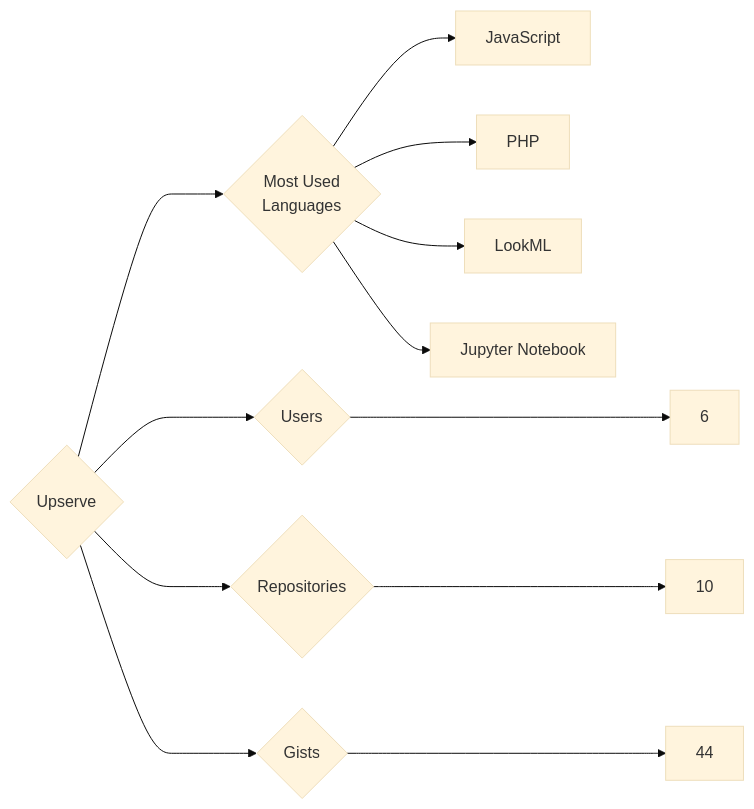
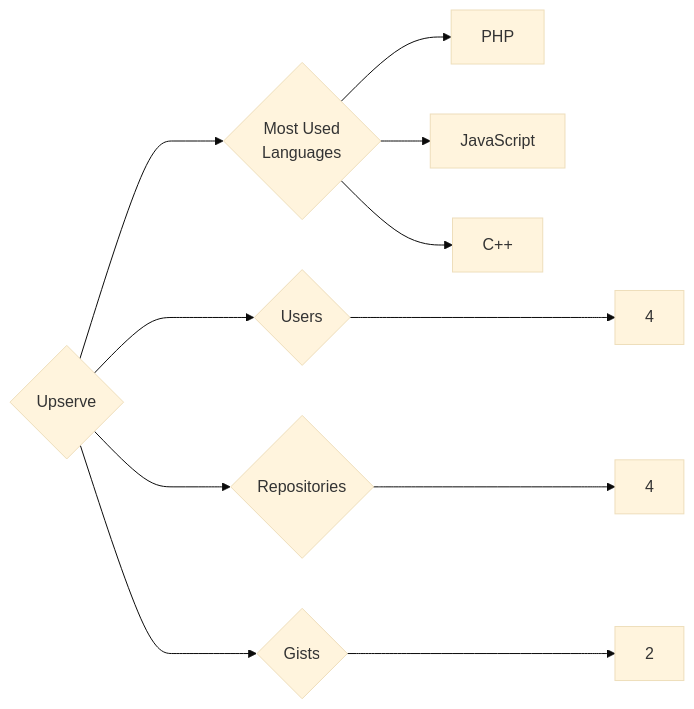
The diagram in targets/Upserve/README.md (trickest/insiders), drawn with Mermaid (base theme) before and after one commit. The commit also changed 1508 other files, not shown here.

````diff
--- a/targets/Upserve/README.md
+++ b/targets/Upserve/README.md
@@ -3,12 +3,11 @@
 ```mermaid
 graph LR
 COMPANY_NAME{Upserve}
-COMPANY_NAME ---> U{Users} ---> UN[6]
-COMPANY_NAME ---> R{Repositories} ---> RN[10]
-COMPANY_NAME ---> G{Gists} ---> GN[44]
+COMPANY_NAME ---> U{Users} ---> UN[4]
+COMPANY_NAME ---> R{Repositories} ---> RN[4]
+COMPANY_NAME ---> G{Gists} ---> GN[2]
 COMPANY_NAME ---> ML{Most Used<br>Languages}
+ML --> PHP[PHP]
 ML --> JavaScript[JavaScript]
-ML --> PHP[PHP]
-ML --> LookML[LookML]
-ML --> Jupyter_Notebook[Jupyter Notebook]
+ML --> C++[C++]
 ```
````
